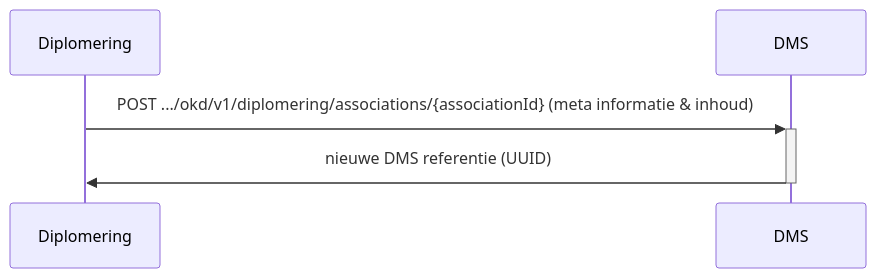
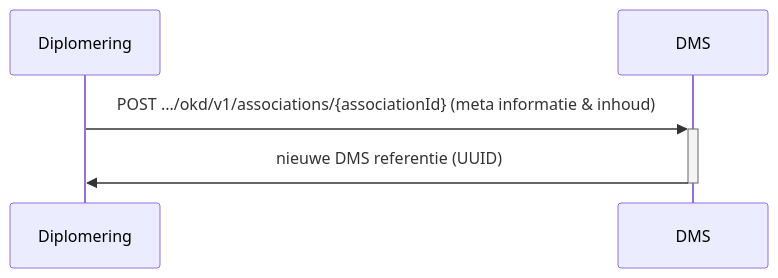
The diagram in doc/flow-4.md (Onderwijs-Koppelingen-OKx/OKD-Document-Management), drawn with Mermaid before and after one commit. The commit also changed other lines of this file and 4 other files, not shown here.

````diff
--- a/doc/flow-4.md
+++ b/doc/flow-4.md
@@ -25,9 +16,9 @@
 ```mermaid
 sequenceDiagram
     Participant Diplomering
     Participant DMS
 
-    Diplomering->>+DMS: POST .../okd/v1/diplomering/associations/{associationId} (meta informatie & inhoud)
+    Diplomering->>+DMS: POST .../okd/v1/associations/{associationId} (meta informatie & inhoud)
     DMS->>-Diplomering: nieuwe DMS referentie (UUID)
 
 ```
````
